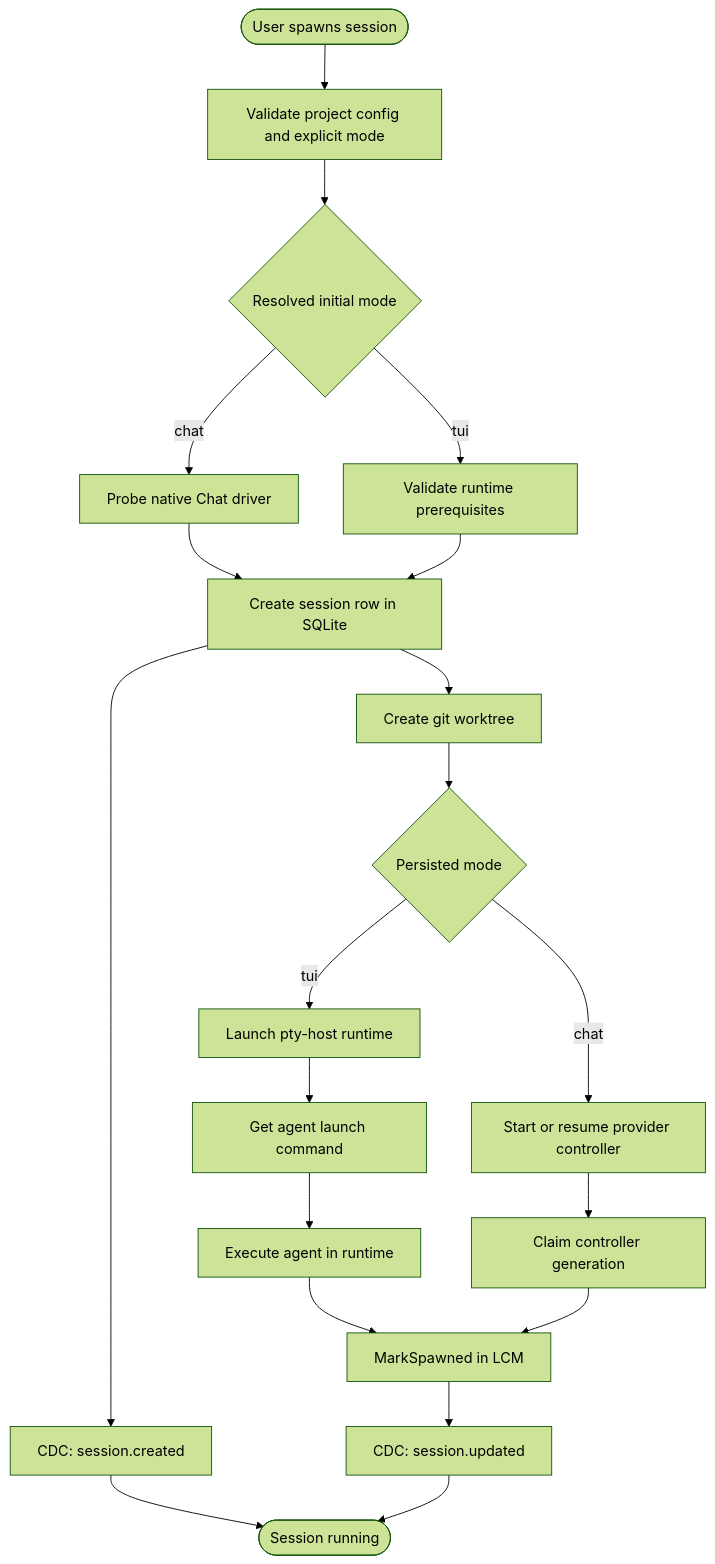
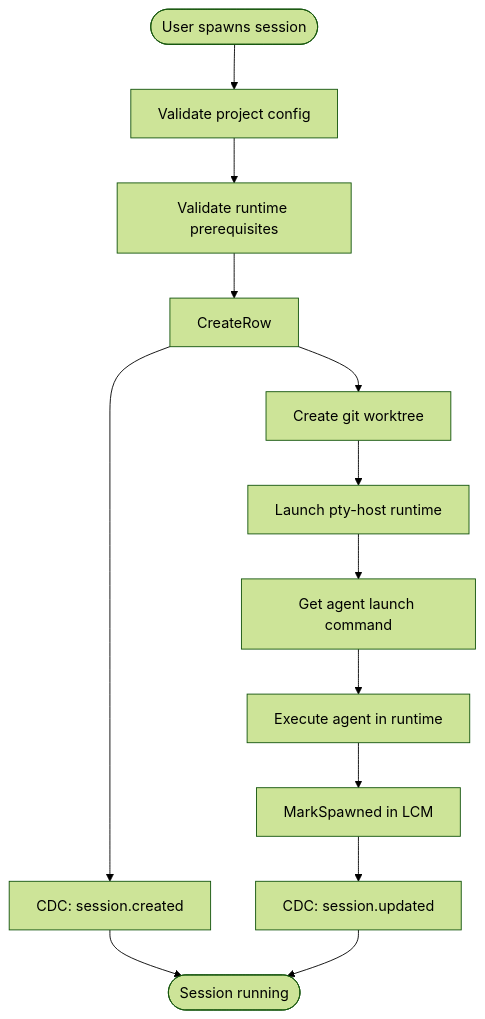
The seventh of 23 diagrams in docs/architecture.md (OmarAly92/Operator), drawn with Mermaid (forest theme) before and after one commit. The commit also changed other lines of this file and 38 other files, not shown here.

````diff
--- a/docs/architecture.md
+++ b/docs/architecture.md
@@ -292,23 +276,16 @@
 ```mermaid
 flowchart TD
-    Start([User spawns session]) --> Validate[Validate project config and explicit mode]
-    Validate --> InitialMode{Resolved initial mode}
-    InitialMode -->|chat| Preflight[Probe native Chat driver]
-    InitialMode -->|tui| RuntimePreflight[Validate runtime prerequisites]
-    Preflight --> CreateRow[Create session row in SQLite]
+    Start([User spawns session]) --> Validate[Validate project config]
+    Validate --> RuntimePreflight[Validate runtime prerequisites]
     RuntimePreflight --> CreateRow
     CreateRow --> Trigger1[CDC: session.created]
     CreateRow --> CreateWS[Create git worktree]
-    CreateWS --> LaunchMode{Persisted mode}
-    LaunchMode -->|tui| CreateRT[Launch pty-host runtime]
+    CreateWS --> CreateRT[Launch pty-host runtime]
     CreateRT --> GetCmd[Get agent launch command]
     GetCmd --> ExecAgent[Execute agent in runtime]
-    LaunchMode -->|chat| ChatController[Start or resume provider controller]
-    ChatController --> Fence[Claim controller generation]
     ExecAgent --> MarkSpawned[MarkSpawned in LCM]
-    Fence --> MarkSpawned
     MarkSpawned --> Trigger2[CDC: session.updated]
     Trigger1 --> Done
     Trigger2 --> Done([Session running])
 
 ```
````
